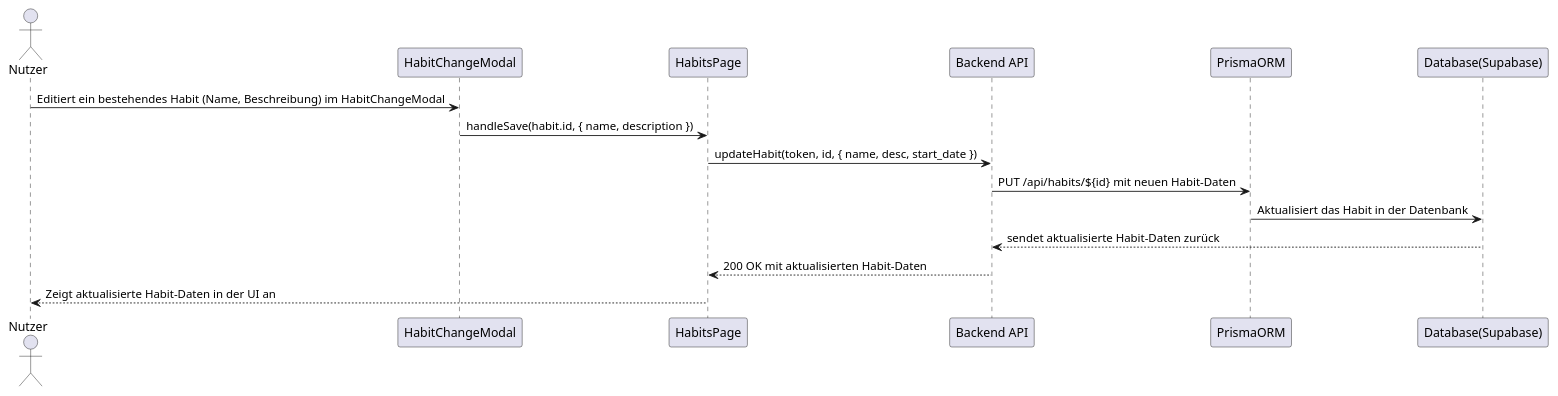
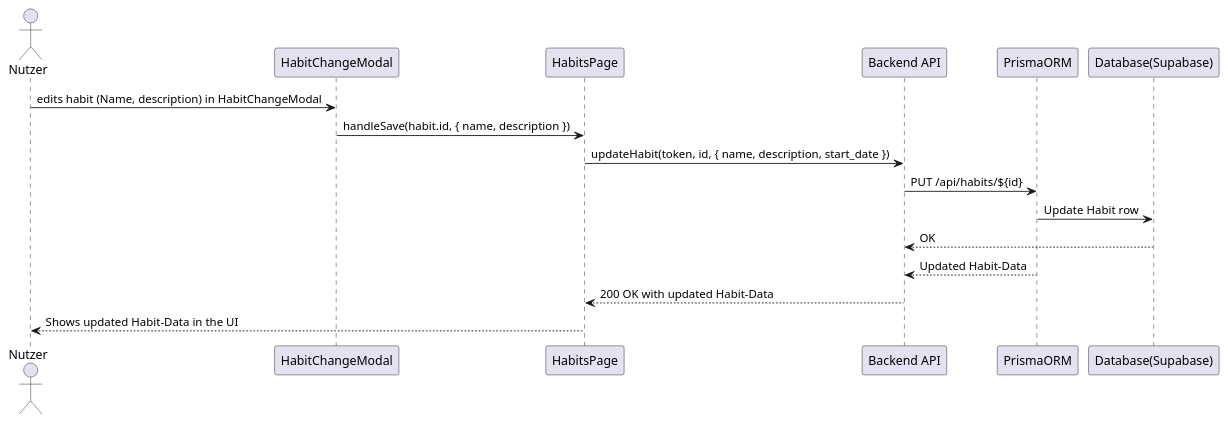
Before and after one commit to 1tristan0/SE-HabitTracker-3.B: the diagram in docs/architecture/plantuml/sequenz_habit_bearbeiten.puml, drawn with PlantUML. The commit also changed 3 other files, not shown here.

Commit message:
update diagramme

```diff
--- a/docs/architecture/plantuml/sequenz_habit_bearbeiten.puml
+++ b/docs/architecture/plantuml/sequenz_habit_bearbeiten.puml
@@ -1,16 +1,17 @@
 @startuml
 actor Nutzer as user
 participant "HabitChangeModal" as modal
 participant "HabitsPage" as site
 participant "Backend API" as backend
 participant "PrismaORM" as prisma
 participant "Database(Supabase)" as database
-user -> modal: Editiert ein bestehendes Habit (Name, Beschreibung) im HabitChangeModal
+user -> modal: edits habit (Name, description) in HabitChangeModal
 modal-> site: handleSave(habit.id, { name, description })
-site -> backend: updateHabit(token, id, { name, desc, start_date })
-backend -> prisma: PUT /api/habits/${id} mit neuen Habit-Daten
-prisma -> database: Aktualisiert das Habit in der Datenbank
-database --> backend: sendet aktualisierte Habit-Daten zurück
-backend --> site: 200 OK mit aktualisierten Habit-Daten
-site --> user: Zeigt aktualisierte Habit-Daten in der UI an
+site -> backend: updateHabit(token, id, { name, description, start_date })
+backend -> prisma: PUT /api/habits/${id} 
+prisma -> database: Update Habit row
+database --> backend: OK
+prisma --> backend: Updated Habit-Data
+backend --> site: 200 OK with updated Habit-Data
+site --> user: Shows updated Habit-Data in the UI
 @enduml
```
